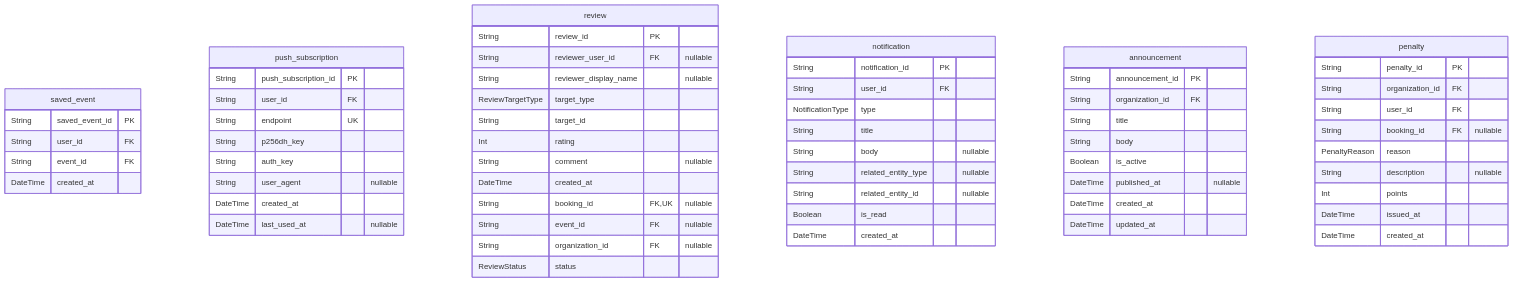
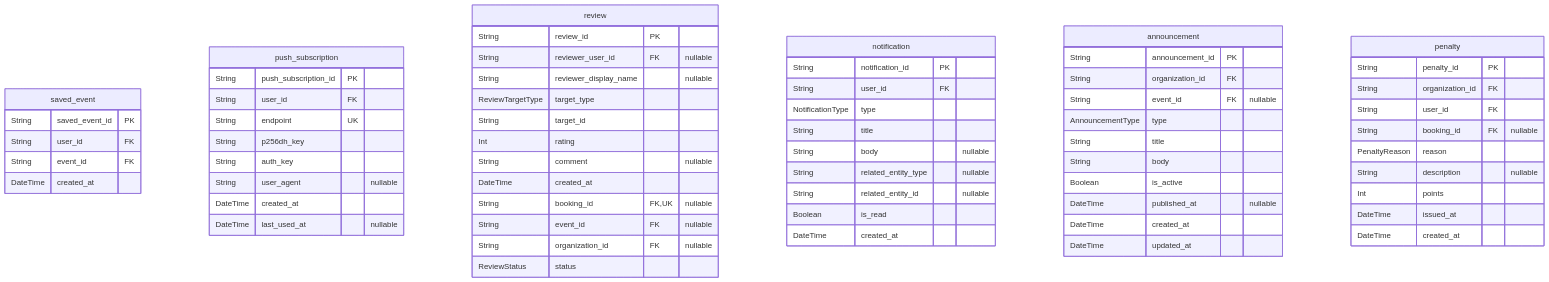
The second of 8 diagrams in apps/api/prisma/ERD.md (Ch1tiipat/-SpaceLink-), drawn with Mermaid before and after one commit. The commit also changed other lines of this file and 10 other files, not shown here.

````diff
--- a/apps/api/prisma/ERD.md
+++ b/apps/api/prisma/ERD.md
@@ -111,65 +111,67 @@
 ```mermaid
 erDiagram
 "saved_event" {
   String saved_event_id PK
   String user_id FK
   String event_id FK
   DateTime created_at
 }
 "push_subscription" {
   String push_subscription_id PK
   String user_id FK
   String endpoint UK
   String p256dh_key
   String auth_key
   String user_agent "nullable"
   DateTime created_at
   DateTime last_used_at "nullable"
 }
 "review" {
   String review_id PK
   String reviewer_user_id FK "nullable"
   String reviewer_display_name "nullable"
   ReviewTargetType target_type
   String target_id
   Int rating
   String comment "nullable"
   DateTime created_at
   String booking_id FK,UK "nullable"
   String event_id FK "nullable"
   String organization_id FK "nullable"
   ReviewStatus status
 }
 "notification" {
   String notification_id PK
   String user_id FK
   NotificationType type
   String title
   String body "nullable"
   String related_entity_type "nullable"
   String related_entity_id "nullable"
   Boolean is_read
   DateTime created_at
 }
 "announcement" {
   String announcement_id PK
   String organization_id FK
+  String event_id FK "nullable"
+  AnnouncementType type
   String title
   String body
   Boolean is_active
   DateTime published_at "nullable"
   DateTime created_at
   DateTime updated_at
 }
 "penalty" {
   String penalty_id PK
   String organization_id FK
   String user_id FK
   String booking_id FK "nullable"
   PenaltyReason reason
   String description "nullable"
   Int points
   DateTime issued_at
   DateTime created_at
 }
 ```
````
